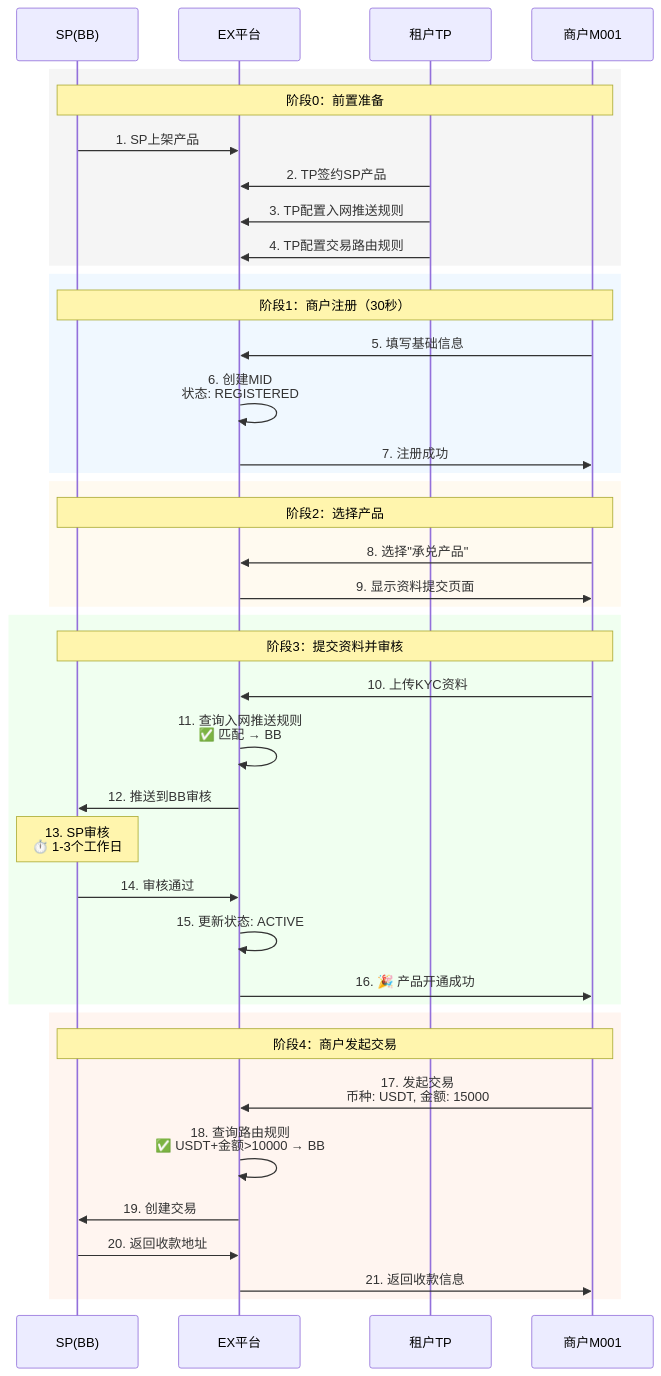
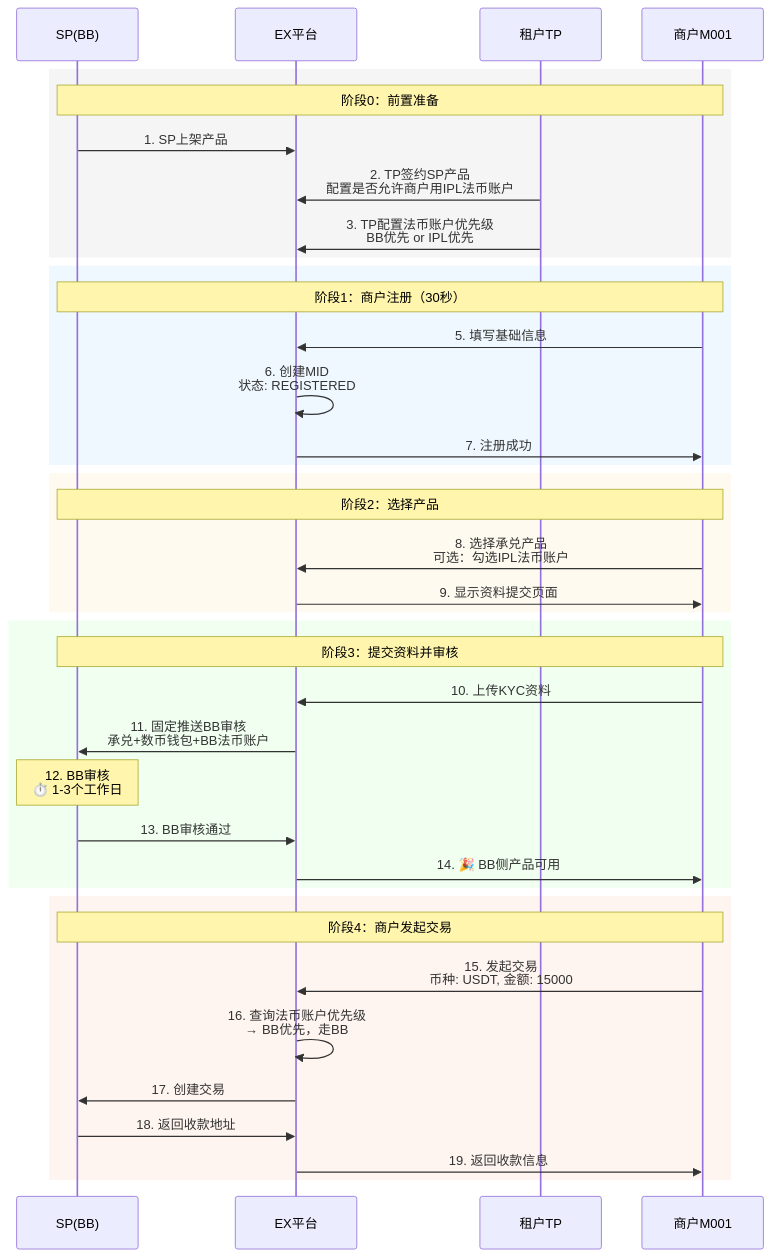
One commit to xiaoxiaoangie/EX-NEW changed the seventh of 7 diagrams in CRYPTO-FIAT/onofframp-prd/productionopening.md. Above: the diagram before and after it, drawn with Mermaid. The commit also changed other lines of this file and 7 other files, not shown here.

````diff
--- a/CRYPTO-FIAT/onofframp-prd/productionopening.md
+++ b/CRYPTO-FIAT/onofframp-prd/productionopening.md
@@ -1008,48 +814,45 @@
 ```mermaid
 sequenceDiagram
     participant SP as SP(BB)
     participant EX as EX平台
     participant TP as 租户TP
     participant MP as 商户M001
   
     rect rgb(245, 245, 245)
         Note over SP,MP: 阶段0：前置准备
         SP->>EX: 1. SP上架产品
-        TP->>EX: 2. TP签约SP产品
-        TP->>EX: 3. TP配置入网推送规则
-        TP->>EX: 4. TP配置交易路由规则
+        TP->>EX: 2. TP签约SP产品<br/>配置是否允许商户用IPL法币账户
+        TP->>EX: 3. TP配置法币账户优先级<br/>BB优先 or IPL优先
     end
   
     rect rgb(240, 248, 255)
         Note over SP,MP: 阶段1：商户注册（30秒）
         MP->>EX: 5. 填写基础信息
         EX->>EX: 6. 创建MID<br/>状态: REGISTERED
         EX->>MP: 7. 注册成功
     end
   
     rect rgb(255, 250, 240)
         Note over SP,MP: 阶段2：选择产品
-        MP->>EX: 8. 选择"承兑产品"
+        MP->>EX: 8. 选择承兑产品<br/>可选：勾选IPL法币账户
         EX->>MP: 9. 显示资料提交页面
     end
   
     rect rgb(240, 255, 240)
         Note over SP,MP: 阶段3：提交资料并审核
         MP->>EX: 10. 上传KYC资料
-        EX->>EX: 11. 查询入网推送规则<br/>✅ 匹配 → BB
-        EX->>SP: 12. 推送到BB审核
-        Note over SP: 13. SP审核<br/>⏱️ 1-3个工作日
-        SP->>EX: 14. 审核通过
-        EX->>EX: 15. 更新状态: ACTIVE
-        EX->>MP: 16. 🎉 产品开通成功
+        EX->>SP: 11. 固定推送BB审核<br/>承兑+数币钱包+BB法币账户
+        Note over SP: 12. BB审核<br/>⏱️ 1-3个工作日
+        SP->>EX: 13. BB审核通过
+        EX->>MP: 14. 🎉 BB侧产品可用
     end
   
     rect rgb(255, 245, 240)
         Note over SP,MP: 阶段4：商户发起交易
-        MP->>EX: 17. 发起交易<br/>币种: USDT, 金额: 15000
-        EX->>EX: 18. 查询路由规则<br/>✅ USDT+金额>10000 → BB
-        EX->>SP: 19. 创建交易
-        SP->>EX: 20. 返回收款地址
-        EX->>MP: 21. 返回收款信息
+        MP->>EX: 15. 发起交易<br/>币种: USDT, 金额: 15000
+        EX->>EX: 16. 查询法币账户优先级<br/>→ BB优先，走BB
+        EX->>SP: 17. 创建交易
+        SP->>EX: 18. 返回收款地址
+        EX->>MP: 19. 返回收款信息
     end
 ```
````
